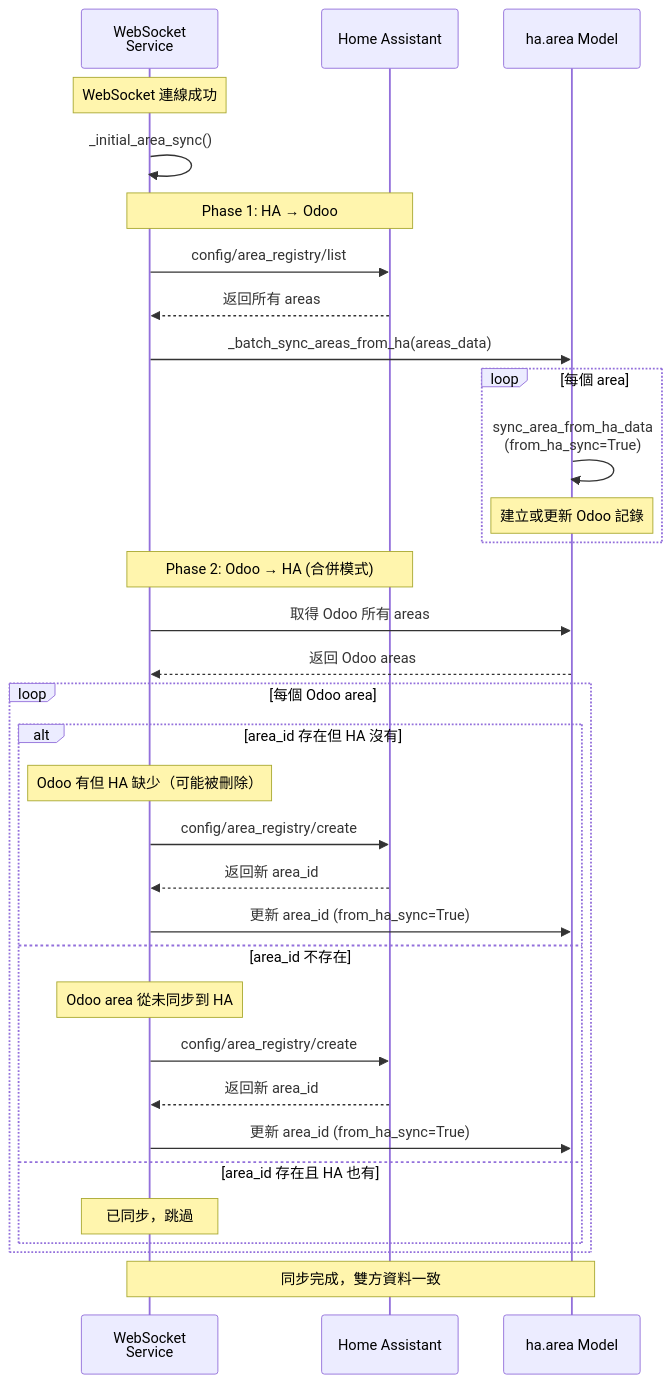
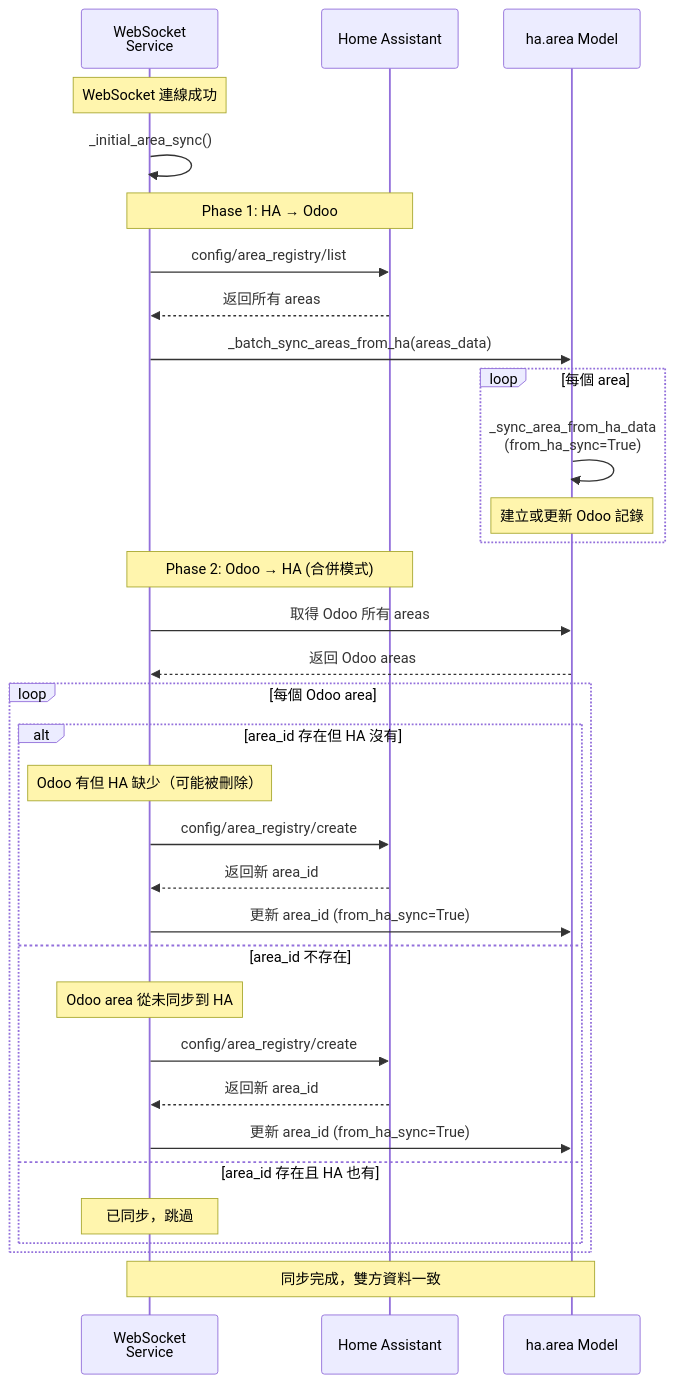
The ninth of 9 diagrams in docs/architecture/bidirectional-sync.md (WOOWTECH/odoo-addon-odoo-ha-addon), drawn with Mermaid before and after one commit. The commit also changed other lines of this file and 13 other files, not shown here.

````diff
--- a/docs/architecture/bidirectional-sync.md
+++ b/docs/architecture/bidirectional-sync.md
@@ -575,41 +575,41 @@
 ```mermaid
 sequenceDiagram
     participant WSService as WebSocket<br/>Service
     participant HA as Home Assistant
     participant OdooArea as ha.area Model
 
     Note over WSService: WebSocket 連線成功
     WSService->>WSService: _initial_area_sync()
 
     Note over WSService,HA: Phase 1: HA → Odoo
     WSService->>HA: config/area_registry/list
     HA-->>WSService: 返回所有 areas
 
     WSService->>OdooArea: _batch_sync_areas_from_ha(areas_data)
     loop 每個 area
-        OdooArea->>OdooArea: sync_area_from_ha_data<br/>(from_ha_sync=True)
+        OdooArea->>OdooArea: _sync_area_from_ha_data<br/>(from_ha_sync=True)
         Note over OdooArea: 建立或更新 Odoo 記錄
     end
 
     Note over WSService,HA: Phase 2: Odoo → HA (合併模式)
     WSService->>OdooArea: 取得 Odoo 所有 areas
     OdooArea-->>WSService: 返回 Odoo areas
 
     loop 每個 Odoo area
         alt area_id 存在但 HA 沒有
             Note over WSService: Odoo 有但 HA 缺少（可能被刪除）
             WSService->>HA: config/area_registry/create
             HA-->>WSService: 返回新 area_id
             WSService->>OdooArea: 更新 area_id (from_ha_sync=True)
         else area_id 不存在
             Note over WSService: Odoo area 從未同步到 HA
             WSService->>HA: config/area_registry/create
             HA-->>WSService: 返回新 area_id
             WSService->>OdooArea: 更新 area_id (from_ha_sync=True)
         else area_id 存在且 HA 也有
             Note over WSService: 已同步，跳過
         end
     end
 
     Note over WSService,OdooArea: 同步完成，雙方資料一致
 ```
````
